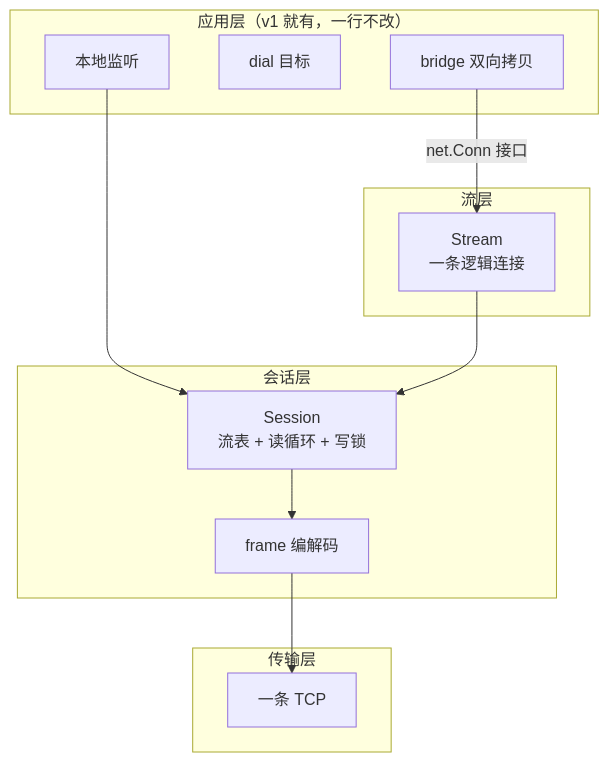
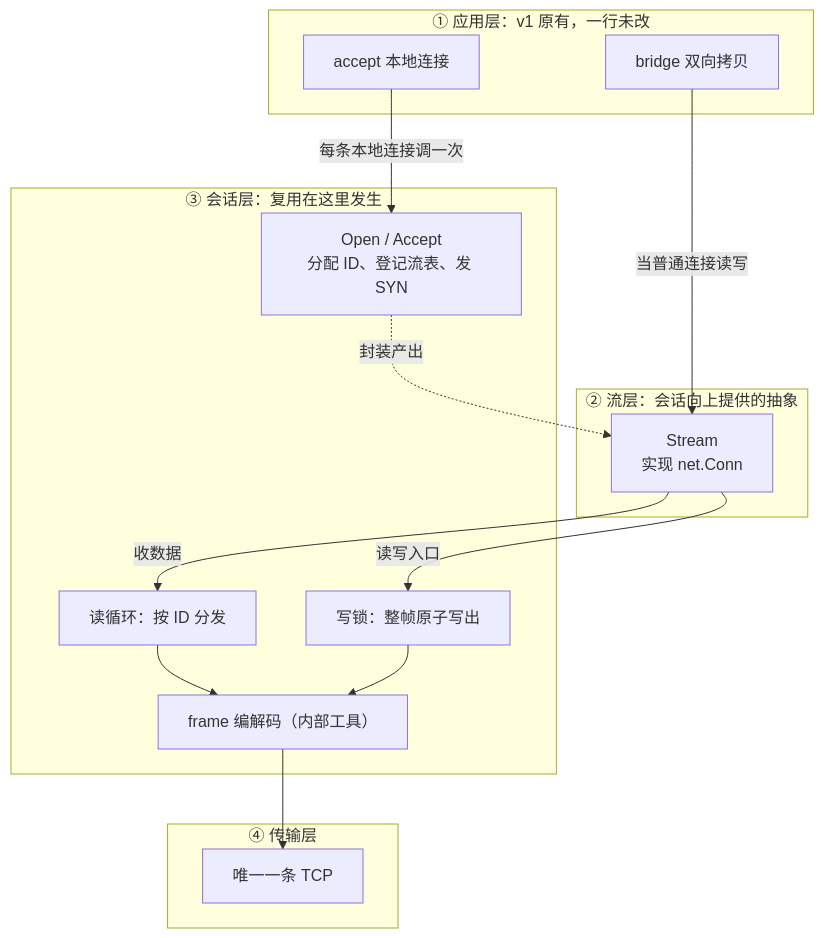
One commit to yiiewang/yiiewang.github.io changed the third of 7 diagrams in docs/blog/posts/2026/10/28.md. Above: the diagram before and after it, drawn with Mermaid. The commit also changed other lines of this file, not shown here.

Commit message:
docs(blog): 28.md 新增部署视图（外部请求与 N/1/N 连接数对比），重画逻辑/进程视图，修正行为视图渲染语法

````diff
--- a/docs/blog/posts/2026/10/28.md
+++ b/docs/blog/posts/2026/10/28.md
@@ -87,22 +124,28 @@
 ```mermaid
 flowchart TD
-    subgraph APP["应用层（v1 就有，一行不改）"]
-        A1["本地监听"]
-        A2["dial 目标"]
+    subgraph APP["① 应用层：v1 原有，一行未改"]
+        A1["accept 本地连接"]
         A3["bridge 双向拷贝"]
     end
-    subgraph FLOW["流层"]
-        F1["Stream<br/>一条逻辑连接"]
+    subgraph FLOW["② 流层：会话向上提供的抽象"]
+        F1["Stream<br/>实现 net.Conn"]
     end
-    subgraph SESS["会话层"]
-        S1["Session<br/>流表 + 读循环 + 写锁"]
-        S2["frame 编解码"]
+    subgraph SESS["③ 会话层：复用在这里发生"]
+        S1["Open / Accept<br/>分配 ID、登记流表、发 SYN"]
+        S2["读循环：按 ID 分发"]
+        S3["写锁：整帧原子写出"]
+        SF["frame 编解码（内部工具）"]
     end
-    subgraph TRANS["传输层"]
-        T1["一条 TCP"]
+    subgraph TRANS["④ 传输层"]
+        T1["唯一一条 TCP"]
     end
-    A3 -->|"net.Conn 接口"| F1
-    A1 --> S1
-    F1 --> S1
-    S1 --> S2 --> T1
+
+    A1 -->|"每条本地连接调一次"| S1
+    S1 -.->|"封装产出"| F1
+    A3 -->|"当普通连接读写"| F1
+    F1 -->|"读写入口"| S3
+    F1 -->|"收数据"| S2
+    S2 --> SF
+    S3 --> SF
+    SF --> T1
 ```
````
